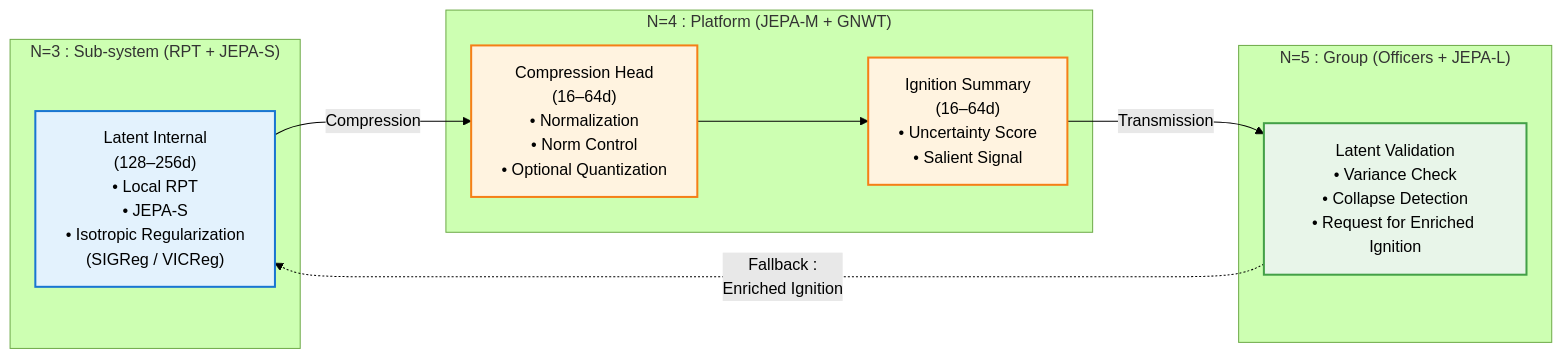
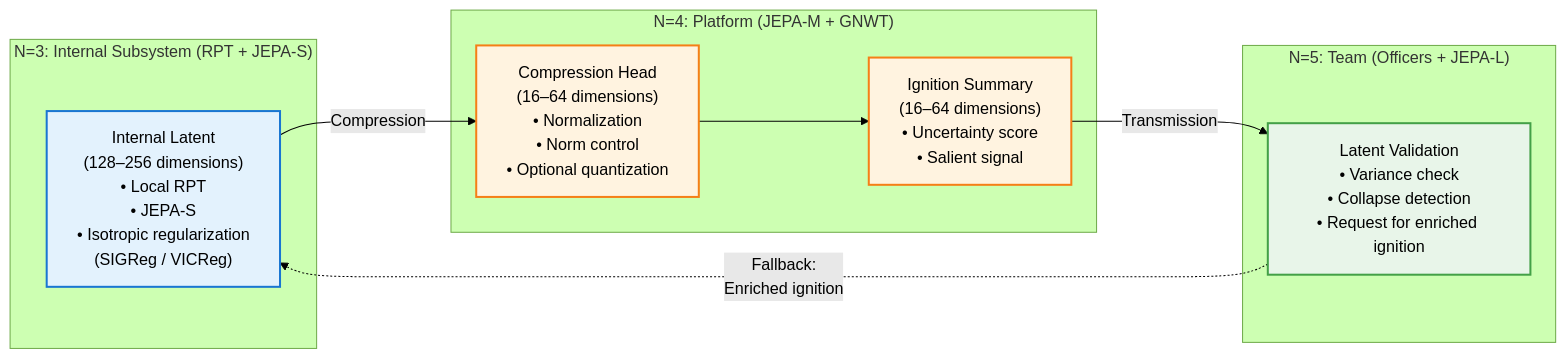
One commit to AlainCo/GNWT-Garrigue-X-en changed the eighth of 9 diagrams in architecture/architecture.md. Above: the diagram before and after it, drawn with Mermaid (forest theme). The commit also changed other lines of this file and 10 other files, not shown here.

````diff
--- a/architecture/architecture.md
+++ b/architecture/architecture.md
@@ -168,28 +172,28 @@
 ```mermaid
 flowchart LR
-    subgraph N3 ["N=3 : Sub-system (RPT + JEPA-S)"]
-        L3["Latent Internal\n(128–256d)\n• Local RPT\n• JEPA-S\n• Isotropic Regularization\n(SIGReg / VICReg)"]
+    subgraph N3 ["N=3: Internal Subsystem (RPT + JEPA-S)"]
+        L3["Internal Latent\n(128–256 dimensions)\n• Local RPT\n• JEPA-S\n• Isotropic regularization\n(SIGReg / VICReg)"]
     end
 
-    subgraph N4 ["N=4 : Platform (JEPA-M + GNWT)"]
-        C4["Compression Head\n(16–64d)\n• Normalization\n• Norm Control\n• Optional Quantization"]
-        L4["Ignition Summary\n(16–64d)\n• Uncertainty Score\n• Salient Signal"]
+    subgraph N4 ["N=4: Platform (JEPA-M + GNWT)"]
+        C4["Compression Head\n(16–64 dimensions)\n• Normalization\n• Norm control\n• Optional quantization"]
+        L4["Ignition Summary\n(16–64 dimensions)\n• Uncertainty score\n• Salient signal"]
     end
 
-    subgraph N5 ["N=5 : Group (Officers + JEPA-L)"]
-        V5["Latent Validation\n• Variance Check\n• Collapse Detection\n• Request for Enriched Ignition"]
+    subgraph N5 ["N=5: Team (Officers + JEPA-L)"]
+        V5["Latent Validation\n• Variance check\n• Collapse detection\n• Request for enriched ignition"]
     end
 
     L3 -->|"Compression"| C4 --> L4 -->|"Transmission"| V5
 
-    V5 -.->|"Fallback :\nEnriched Ignition"| L3
+    V5 -.->|"Fallback:\nEnriched ignition"| L3
 
     classDef latent fill:#e3f2fd,stroke:#1976d2,stroke-width:2px
     classDef comp fill:#fff3e0,stroke:#f57f17,stroke-width:2px
     classDef val fill:#e8f5e9,stroke:#43a047,stroke-width:2px
 
     class L3 latent
     class C4 comp
     class L4 comp
     class V5 val
 ```
````
